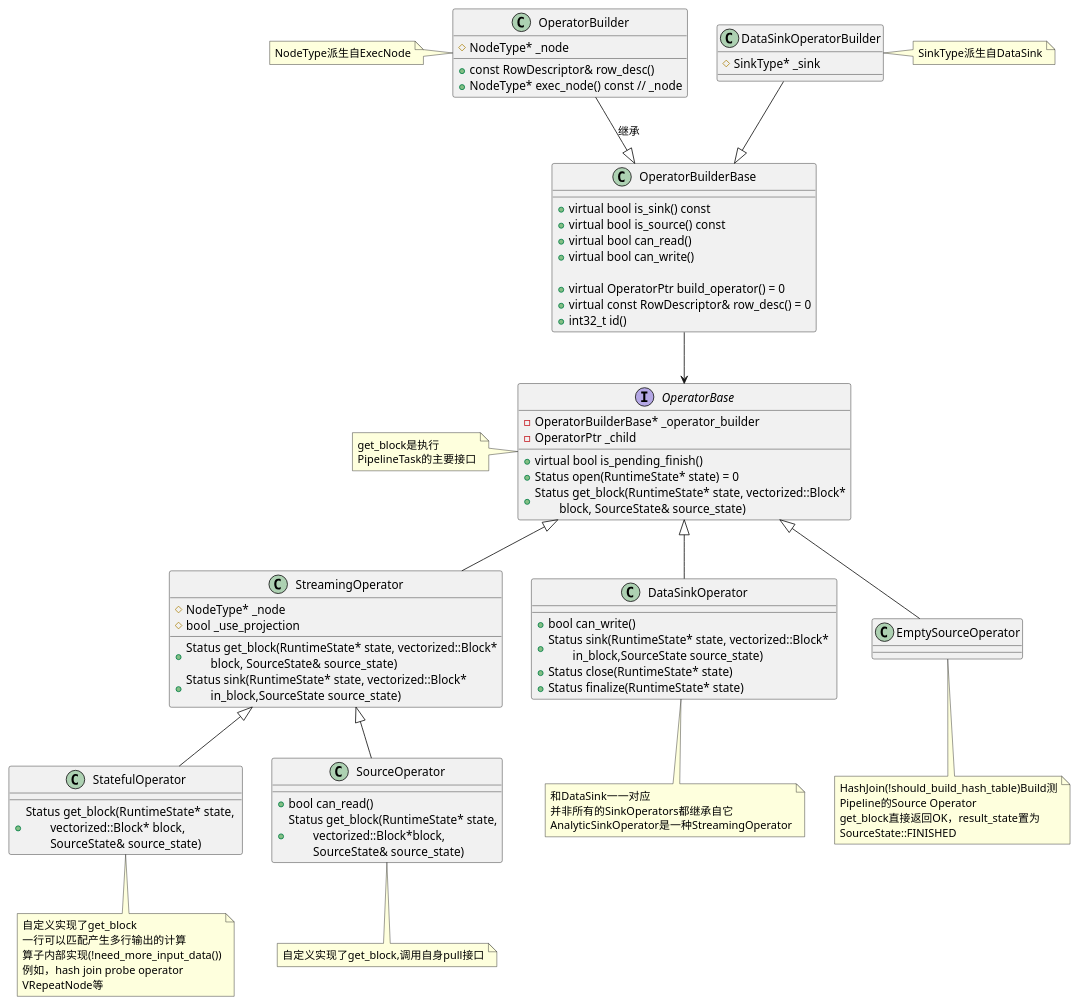
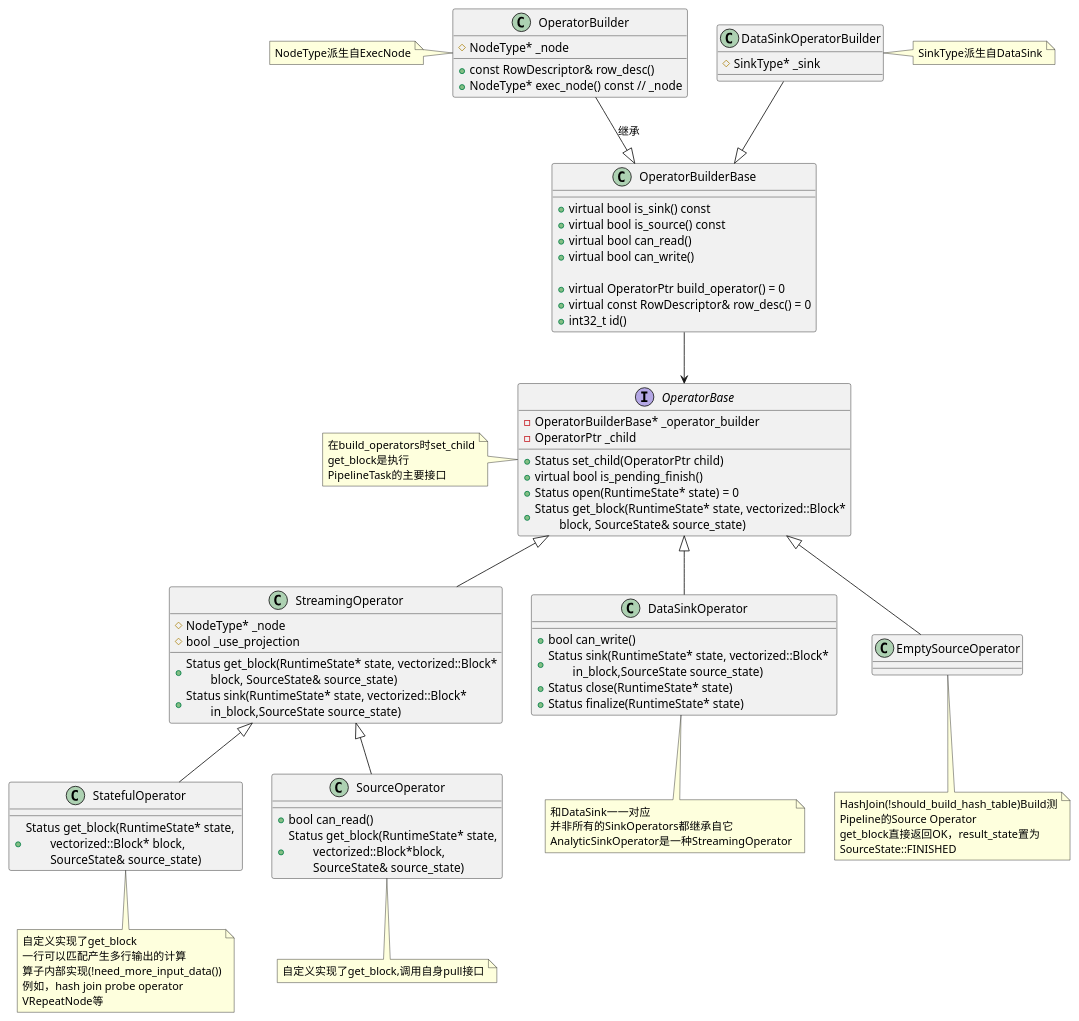
The fifth of 8 diagrams in doc/DB/Doris/SourceRead/11_01_Exec_Pipeline_Execution.md (DepInjoy/geektime), drawn with PlantUML before and after one commit. The commit also changed other lines of this file and 1 other file, not shown here.

Commit message:
Doris Pipeline Execute Model

````diff
--- a/doc/DB/Doris/SourceRead/11_01_Exec_Pipeline_Execution.md
+++ b/doc/DB/Doris/SourceRead/11_01_Exec_Pipeline_Execution.md
@@ -531,76 +543,77 @@
 ```plantuml
 @startuml
 class OperatorBuilderBase {
     + virtual bool is_sink() const
     + virtual bool is_source() const
     + virtual bool can_read()
     + virtual bool can_write()
 
     + virtual OperatorPtr build_operator() = 0
     + virtual const RowDescriptor& row_desc() = 0
     + int32_t id()
 }
 
 class OperatorBuilder {
     # NodeType* _node
     + const RowDescriptor& row_desc()
     + NodeType* exec_node() const // _node
 }
 note left : NodeType派生自ExecNode
 
 class DataSinkOperatorBuilder {
     # SinkType* _sink
 }
 note right : SinkType派生自DataSink
 
 
 class StatefulOperator {
     + Status get_block(RuntimeState* state, \n\tvectorized::Block* block,\n\tSourceState& source_state)
 }
 note bottom of StatefulOperator: 自定义实现了get_block\n一行可以匹配产生多行输出的计算\n算子内部实现(!need_more_input_data())\n例如，hash join probe operator\nVRepeatNode等
 class StreamingOperator {
     # NodeType* _node
     # bool _use_projection
     + Status get_block(RuntimeState* state, vectorized::Block*\n\tblock, SourceState& source_state)
     + Status sink(RuntimeState* state, vectorized::Block*\n\tin_block,SourceState source_state)
 }
 
 class SourceOperator {
     + bool can_read()
     + Status get_block(RuntimeState* state,\n\tvectorized::Block*block,\n\tSourceState& source_state)
 }
 note bottom : 自定义实现了get_block,调用自身pull接口
 
 class DataSinkOperator {
     + bool can_write()
     + Status sink(RuntimeState* state, vectorized::Block* \n\tin_block,SourceState source_state)
     + Status close(RuntimeState* state)
     + Status finalize(RuntimeState* state)
 }
 note bottom : 和DataSink一一对应\n并非所有的SinkOperators都继承自它\nAnalyticSinkOperator是一种StreamingOperator
 
 interface OperatorBase {
     - OperatorBuilderBase* _operator_builder
     - OperatorPtr _child
+    + Status set_child(OperatorPtr child)
     + virtual bool is_pending_finish()
     + Status open(RuntimeState* state) = 0
     + Status get_block(RuntimeState* state, vectorized::Block*\n\tblock, SourceState& source_state)
 }
-note left : get_block是执行\nPipelineTask的主要接口
+note left : 在build_operators时set_child\nget_block是执行\nPipelineTask的主要接口
 
 class EmptySourceOperator {
 
 }
 note bottom: HashJoin(!should_build_hash_table)Build测\nPipeline的Source Operator\nget_block直接返回OK，result_state置为\nSourceState::FINISHED
 
 StatefulOperator -up-|> StreamingOperator
 SourceOperator -up-|> StreamingOperator
 StreamingOperator -up-|> OperatorBase
 DataSinkOperator -up-|> OperatorBase
 EmptySourceOperator -up-|> OperatorBase
 
 OperatorBuilderBase -down-> OperatorBase
 OperatorBuilder -down-|> OperatorBuilderBase : 继承
 DataSinkOperatorBuilder -down-|> OperatorBuilderBase
 @enduml
 ```
````
